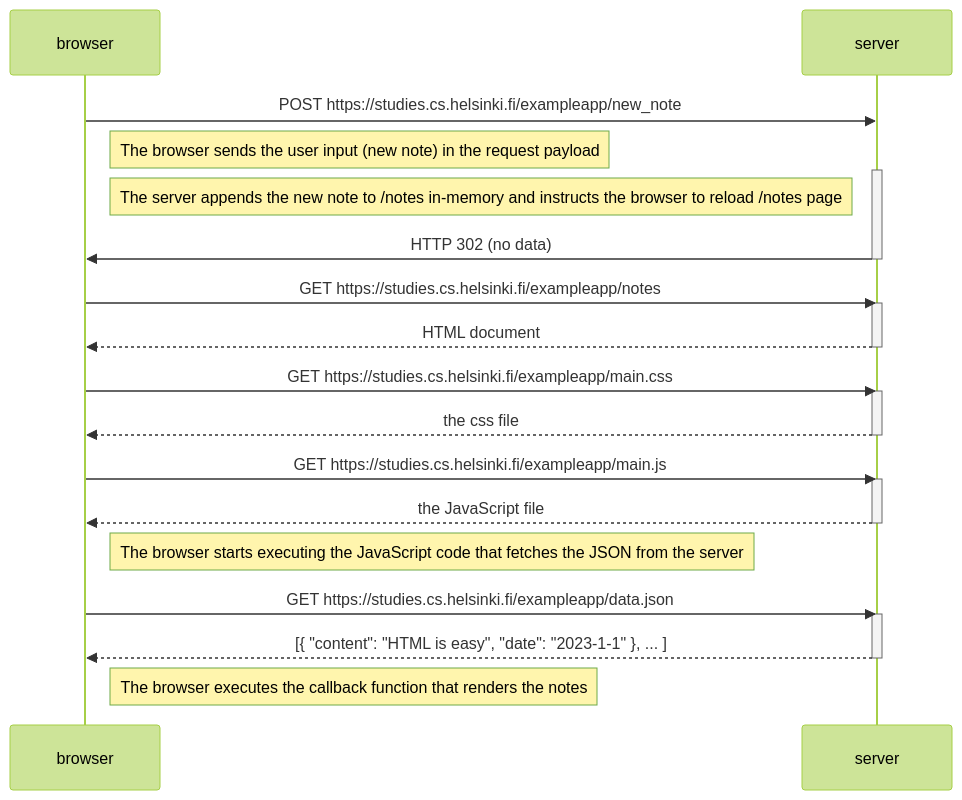
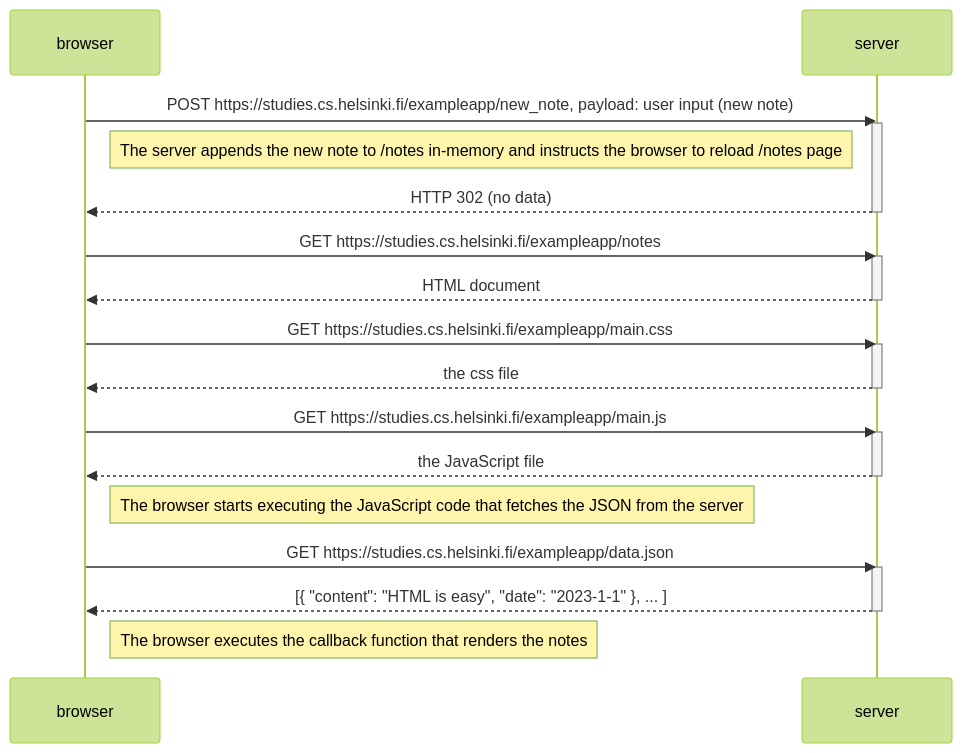
Before and after one commit to soumyee29/fullstackopen: the diagram in Part 0/Exercise 4/sequence.md, drawn with Mermaid (forest theme).

Commit message:
Some fixes for better visualization:  - add request payload details along with the request method and URL instead of a separate note  - use dotted line for server's response

````diff
--- a/Part 0/Exercise 4/sequence.md
+++ b/Part 0/Exercise 4/sequence.md
@@ -1,36 +1,35 @@
 ```mermaid
 sequenceDiagram
     participant browser
     participant server
 
-    browser->>server: POST https://studies.cs.helsinki.fi/exampleapp/new_note
-    Note right of browser: The browser sends the user input (new note) in the request payload
+    browser->>server: POST https://studies.cs.helsinki.fi/exampleapp/new_note, payload: user input (new note)
     activate server
     Note left of server: The server appends the new note to /notes in-memory and instructs the browser to reload /notes page
-    server->>browser: HTTP 302 (no data)
+    server-->>browser: HTTP 302 (no data)
     deactivate server
 
     browser->>server: GET https://studies.cs.helsinki.fi/exampleapp/notes
     activate server
     server-->>browser: HTML document
     deactivate server
 
     browser->>server: GET https://studies.cs.helsinki.fi/exampleapp/main.css
     activate server
     server-->>browser: the css file
     deactivate server
 
     browser->>server: GET https://studies.cs.helsinki.fi/exampleapp/main.js
     activate server
     server-->>browser: the JavaScript file
     deactivate server
 
     Note right of browser: The browser starts executing the JavaScript code that fetches the JSON from the server
 
     browser->>server: GET https://studies.cs.helsinki.fi/exampleapp/data.json
     activate server
     server-->>browser: [{ "content": "HTML is easy", "date": "2023-1-1" }, ... ]
     deactivate server
 
     Note right of browser: The browser executes the callback function that renders the notes
 ```
````
